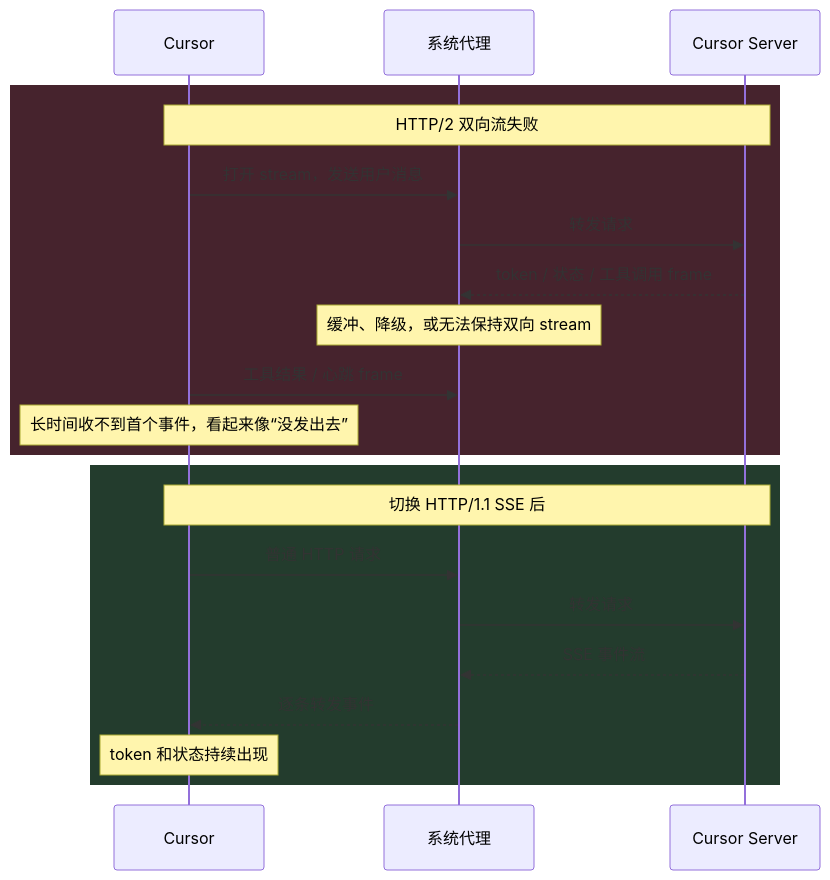
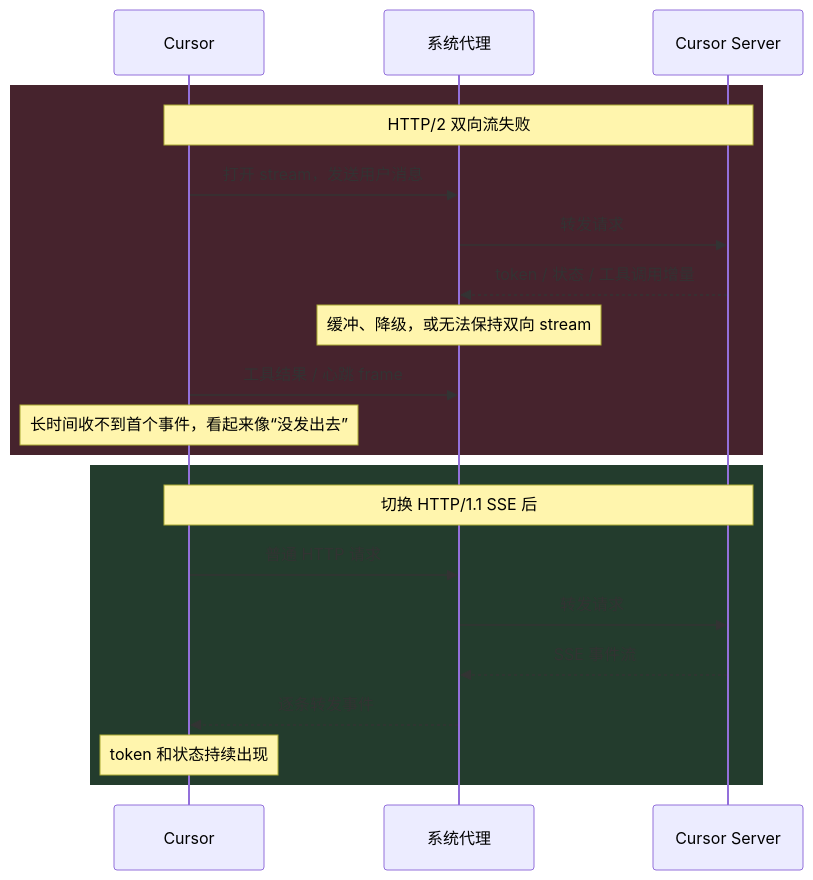
Before and after one commit to puppylpg/puppylpg.github.io: the third of 3 diagrams in _posts/2023-02-19-http123.md, drawn with Mermaid. The commit also changed other lines of this file, not shown here.

````diff
--- a/_posts/2023-02-19-http123.md
+++ b/_posts/2023-02-19-http123.md
@@ -209,25 +390,25 @@
 ```mermaid
 sequenceDiagram
     participant C as Cursor
     participant P as 系统代理
     participant S as Cursor Server
 
     rect rgb(70, 35, 45)
         Note over C,S: HTTP/2 双向流失败
         C->>P: 打开 stream，发送用户消息
         P->>S: 转发请求
-        S-->>P: token / 状态 / 工具调用 frame
+        S-->>P: token / 状态 / 工具调用增量
         Note over P: 缓冲、降级，或无法保持双向 stream
         C->>P: 工具结果 / 心跳 frame
         Note over C: 长时间收不到首个事件，看起来像“没发出去”
     end
 
     rect rgb(35, 60, 45)
         Note over C,S: 切换 HTTP/1.1 SSE 后
         C->>P: 普通 HTTP 请求
         P->>S: 转发请求
         S-->>P: SSE 事件流
         P-->>C: 逐条转发事件
         Note over C: token 和状态持续出现
     end
 ```
````
